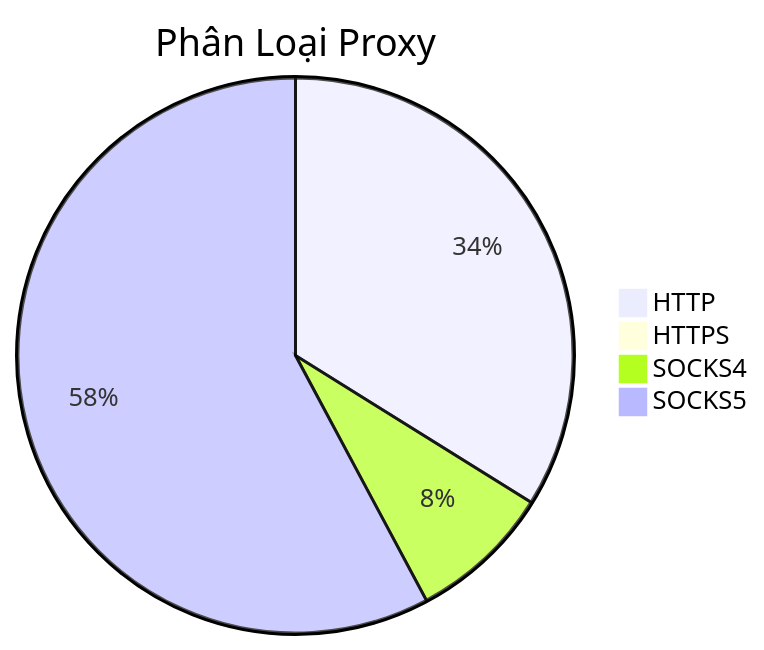
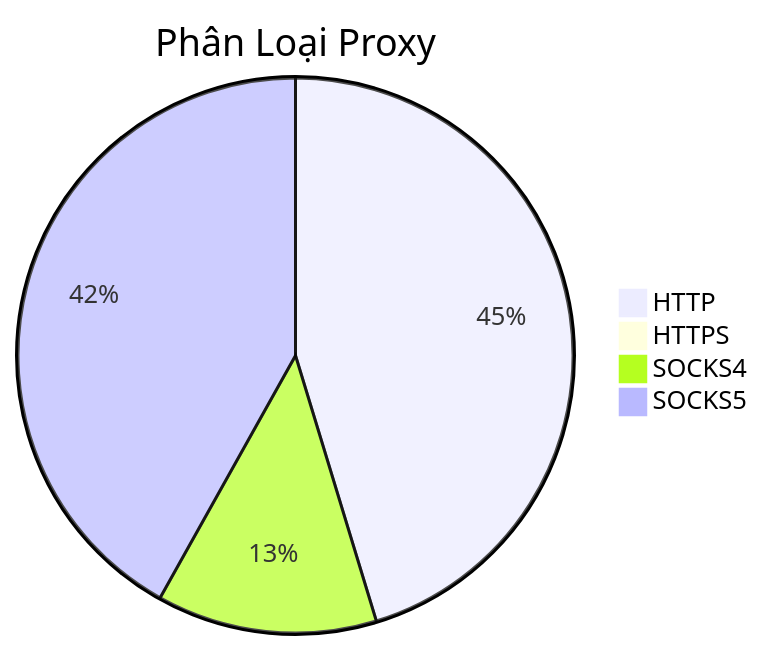
The diagram in README.md (Ciara-Aa/PROXY-free), drawn with Mermaid before and after one commit. The commit also changed other lines of this file and 4 other files, not shown here.

````diff
--- a/README.md
+++ b/README.md
@@ -26,7 +26,7 @@
 ```mermaid
 pie title Phân Loại Proxy
-    "HTTP" : 1190
+    "HTTP" : 1011
     "HTTPS" : 1
-    "SOCKS4" : 292
-    "SOCKS5" : 2031
+    "SOCKS4" : 286
+    "SOCKS5" : 935
 ```
````
